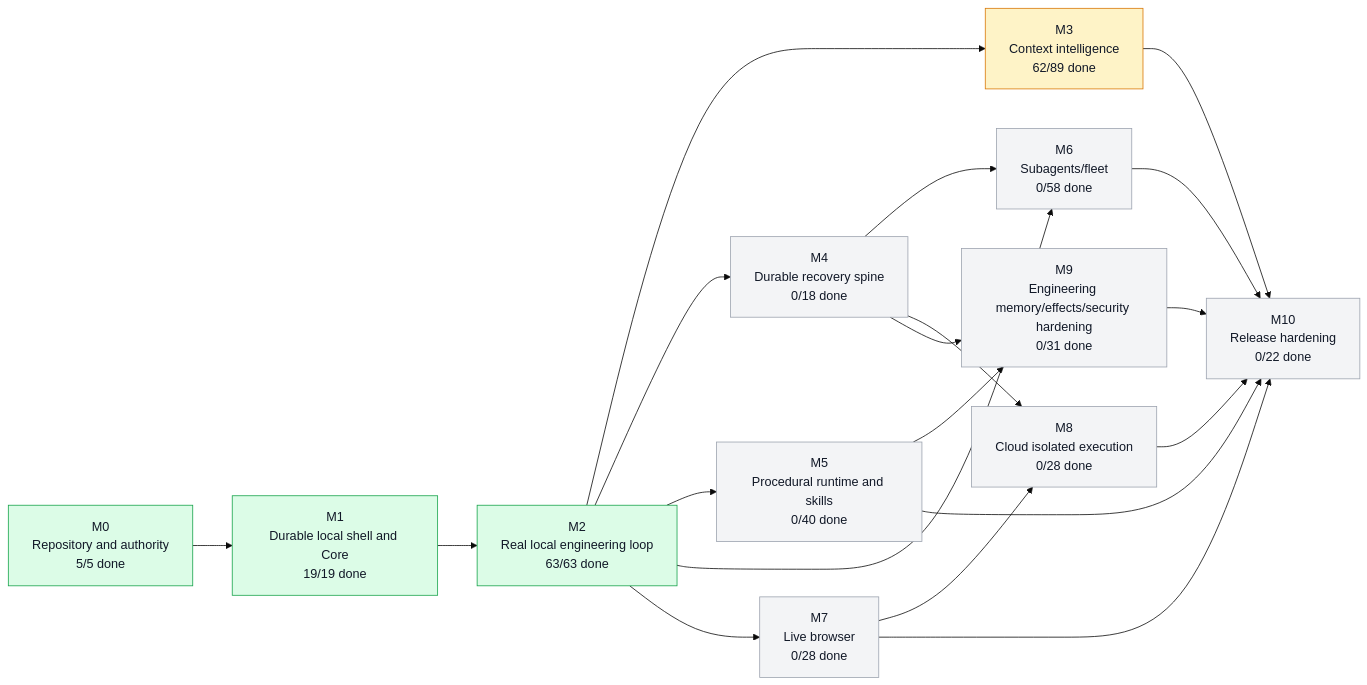
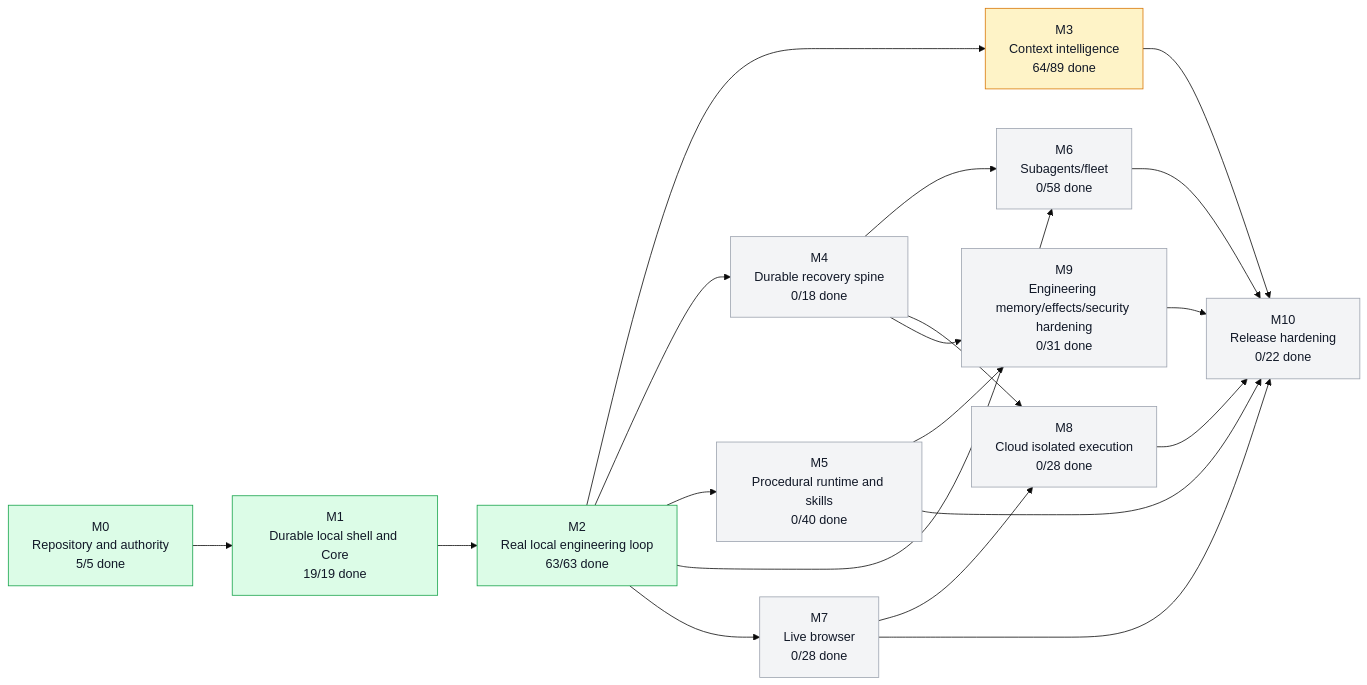
The first of 5 diagrams in graph/PROJECT_GRAPH.md (moss101/modbit), drawn with Mermaid (base theme) before and after one commit. The commit also changed other lines of this file and 9 other files, not shown here.

````diff
--- a/graph/PROJECT_GRAPH.md
+++ b/graph/PROJECT_GRAPH.md
@@ -57,43 +57,43 @@
 ```mermaid
 flowchart LR
   M0["M0<br/>Repository and authority<br/>5/5 done"]
   M1["M1<br/>Durable local shell and Core<br/>19/19 done"]
   M2["M2<br/>Real local engineering loop<br/>63/63 done"]
-  M3["M3<br/>Context intelligence<br/>62/89 done"]
+  M3["M3<br/>Context intelligence<br/>64/89 done"]
   M4["M4<br/>Durable recovery spine<br/>0/18 done"]
   M5["M5<br/>Procedural runtime and skills<br/>0/40 done"]
   M6["M6<br/>Subagents/fleet<br/>0/58 done"]
   M7["M7<br/>Live browser<br/>0/28 done"]
   M8["M8<br/>Cloud isolated execution<br/>0/28 done"]
   M9["M9<br/>Engineering memory/effects/security hardening<br/>0/31 done"]
   M10["M10<br/>Release hardening<br/>0/22 done"]
   M0 --> M1
   M1 --> M2
   M2 --> M3
   M2 --> M4
   M2 --> M5
   M2 --> M6
   M4 --> M6
   M2 --> M7
   M4 --> M8
   M7 --> M8
   M4 --> M9
   M5 --> M9
   M3 --> M10
   M5 --> M10
   M6 --> M10
   M7 --> M10
   M8 --> M10
   M9 --> M10
   style M0 fill:#dcfce7,stroke:#16a34a,color:#111827
   style M1 fill:#dcfce7,stroke:#16a34a,color:#111827
   style M2 fill:#dcfce7,stroke:#16a34a,color:#111827
   style M3 fill:#fef3c7,stroke:#d97706,color:#111827
   style M4 fill:#f3f4f6,stroke:#9ca3af,color:#111827
   style M5 fill:#f3f4f6,stroke:#9ca3af,color:#111827
   style M6 fill:#f3f4f6,stroke:#9ca3af,color:#111827
   style M7 fill:#f3f4f6,stroke:#9ca3af,color:#111827
   style M8 fill:#f3f4f6,stroke:#9ca3af,color:#111827
   style M9 fill:#f3f4f6,stroke:#9ca3af,color:#111827
   style M10 fill:#f3f4f6,stroke:#9ca3af,color:#111827
 ```
````
